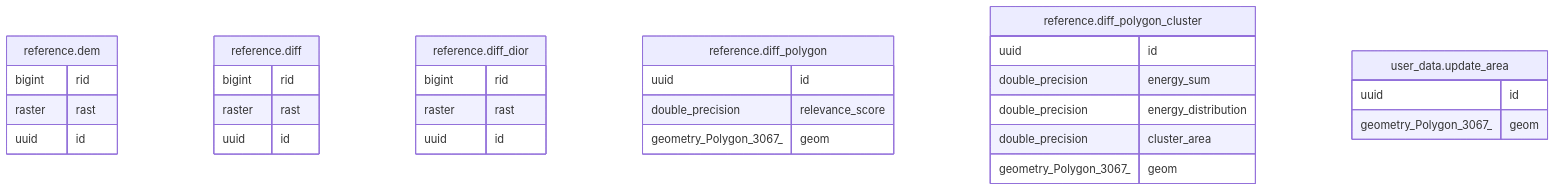
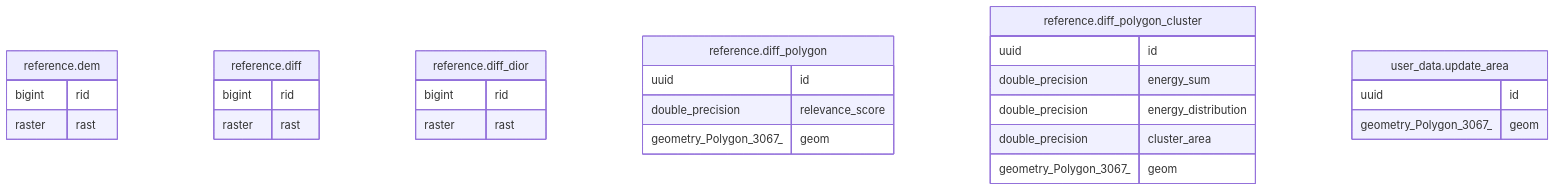
Before and after one commit to nlsfi/pinta: the diagram in components/db/docs/job_db/README.md, drawn with Mermaid. The commit also changed other lines of this file and 3 other files, not shown here.

````diff
--- a/components/db/docs/job_db/README.md
+++ b/components/db/docs/job_db/README.md
@@ -16,36 +16,33 @@
 ```mermaid
 erDiagram
 
 
 "reference.dem" {
   bigint rid
   raster rast
-  uuid id
 }
 "reference.diff" {
   bigint rid
   raster rast
-  uuid id
 }
 "reference.diff_dior" {
   bigint rid
   raster rast
-  uuid id
 }
 "reference.diff_polygon" {
   uuid id
   double_precision relevance_score
   geometry_Polygon_3067_ geom
 }
 "reference.diff_polygon_cluster" {
   uuid id
   double_precision energy_sum
   double_precision energy_distribution
   double_precision cluster_area
   geometry_Polygon_3067_ geom
 }
 "user_data.update_area" {
   uuid id
   geometry_Polygon_3067_ geom
 }
 ```
````
